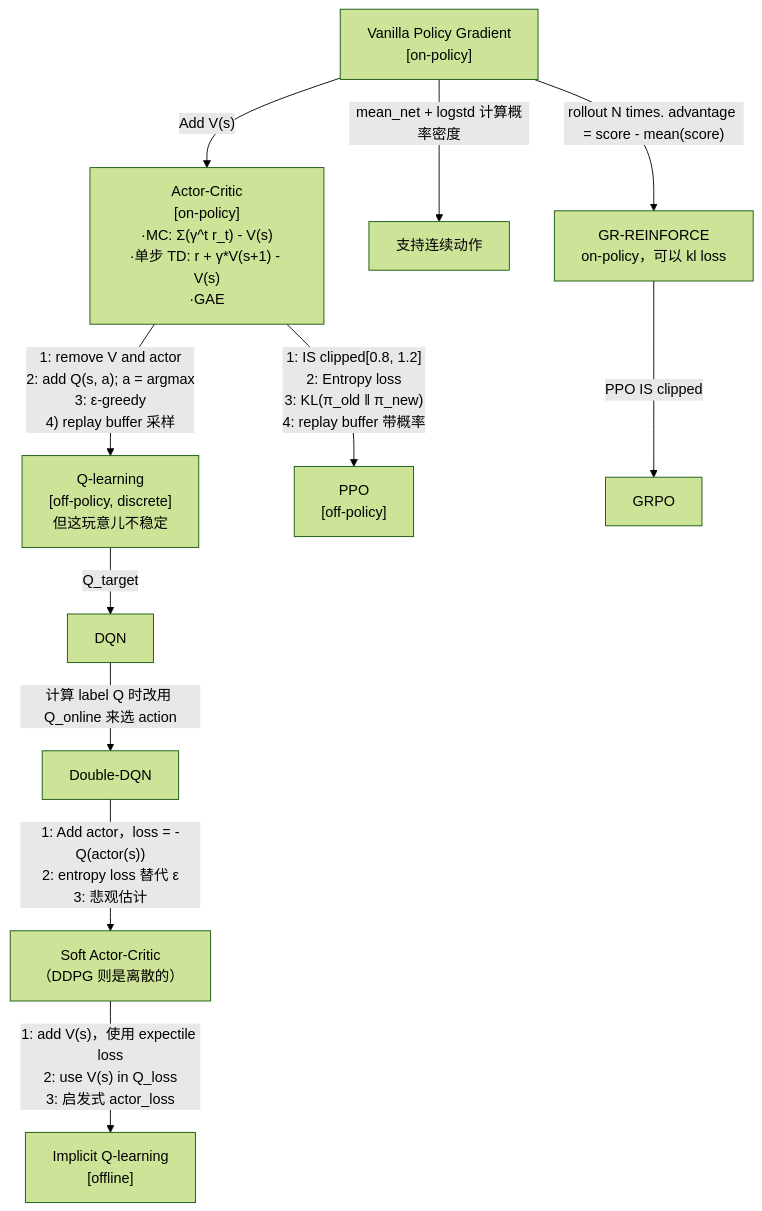
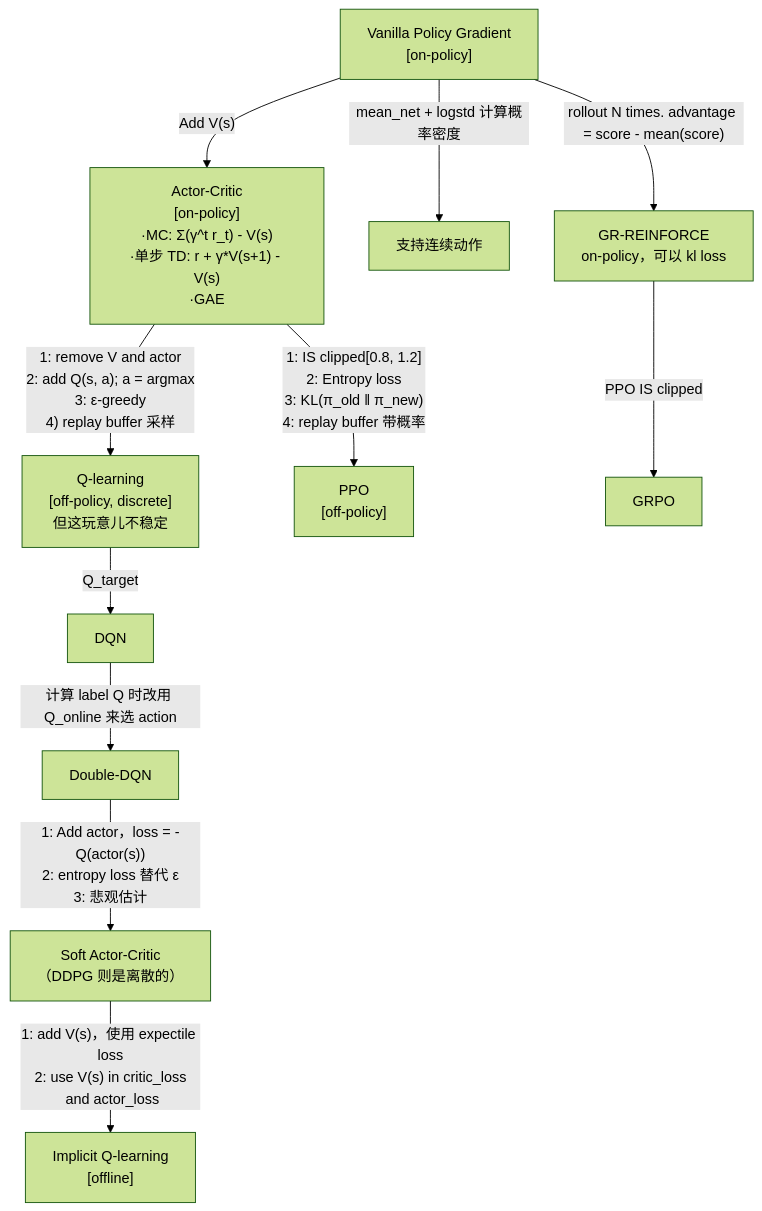
One commit to julyfun/how-to changed the diagram in 技术学习/285/285-0.md. Above: the diagram before and after it, drawn with Mermaid (forest theme). The commit also changed other lines of this file, not shown here.

````diff
--- a/技术学习/285/285-0.md
+++ b/技术学习/285/285-0.md
@@ -11,14 +11,14 @@
 ```mermaid
 flowchart TD
     PG["Vanilla Policy Gradient<br>[on-policy]"] -->|"Add V(s)"| AC
     AC["Actor-Critic<br>[on-policy]<br>·MC: Σ(γ^t r_t) - V(s)<br>·单步 TD: r + γ*V(s+1) - V(s)<br>·GAE"]
     PG -->|"mean_net + logstd 计算概率密度"| cont[支持连续动作]
     AC -->|"1: remove V and actor<br>2: add Q(s, a); a = argmax<br>3: ε-greedy<br>4) replay buffer 采样"| Q-learning["Q-learning<br>[off-policy, discrete]<br>但这玩意儿不稳定"]
     Q-learning -->|"Q_target"| DQN
     DQN -->|"计算 label Q 时改用 Q_online 来选 action"| Double-DQN
     Double-DQN -->|"1: Add actor，loss = -Q(actor(s))<br>2: entropy loss 替代 ε<br>3: 悲观估计"| SAC["Soft Actor-Critic<br>（DDPG 则是离散的）"]
-    SAC -->|"1: add V(s)，使用 expectile loss<br>2: use V(s) in Q_loss<br>3: 启发式 actor_loss"| IQL["Implicit Q-learning<br>[offline]"]
+    SAC -->|"1: add V(s)，使用 expectile loss<br>2: use V(s) in critic_loss<br> and actor_loss"| IQL["Implicit Q-learning<br>[offline]"]
     AC -->|"1: IS clipped[0.8, 1.2]<br>2: Entropy loss<br>3: KL(π_old ‖ π_new)<br>4: replay buffer 带概率"| PPO["PPO<br>[off-policy]"]
     PG -->|"rollout N times. advantage = score - mean(score)"| GR["GR-REINFORCE<br>on-policy，可以 kl loss"]
     GR -->|"PPO IS clipped"| GRPO
 ```
````
